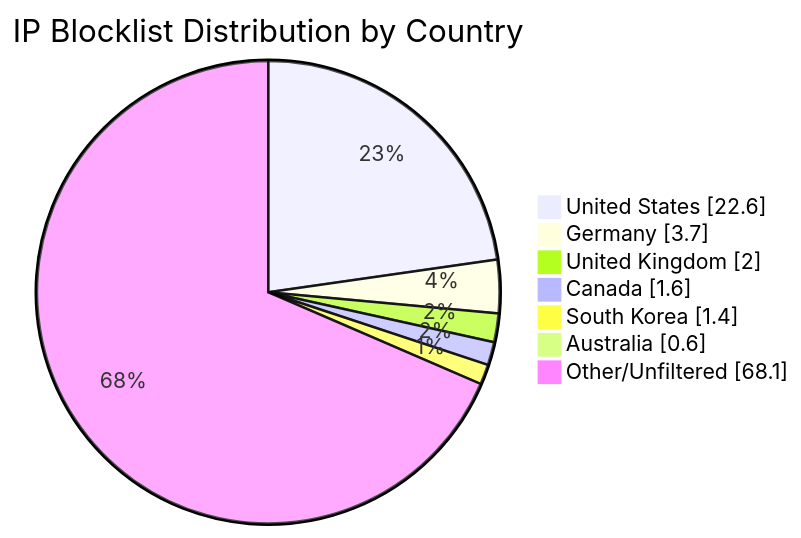
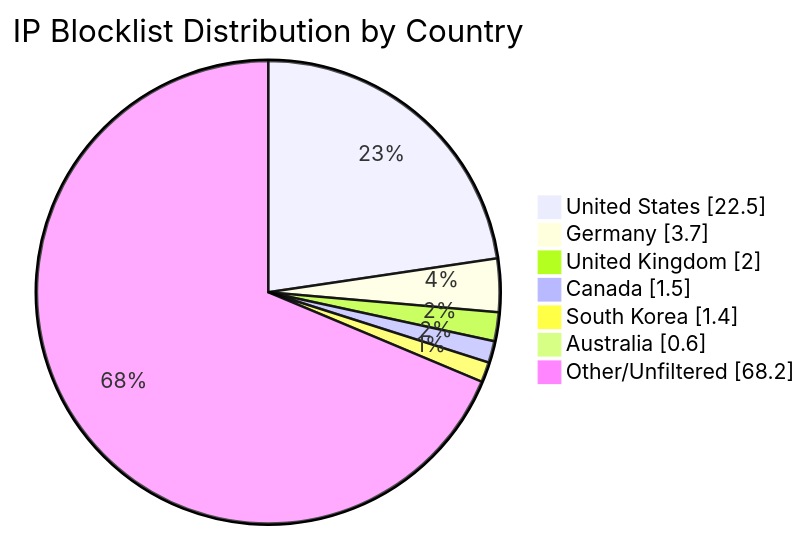
One commit to MarcusHoltz/ipblocklist-geofiltered-aggregator changed the diagram in README.md. Above: the diagram before and after it, drawn with Mermaid. The commit also changed other lines of this file and 9 other files, not shown here.

````diff
--- a/README.md
+++ b/README.md
@@ -34,10 +34,10 @@
 ```mermaid
 pie showData title IP Blocklist Distribution by Country
-"United States" : 22.6
+"United States" : 22.5
 "Germany" : 3.7
 "United Kingdom" : 2.0
-"Canada" : 1.6
+"Canada" : 1.5
 "South Korea" : 1.4
 "Australia" : 0.6
-"Other/Unfiltered" : 68.1
+"Other/Unfiltered" : 68.2
 ```
````
